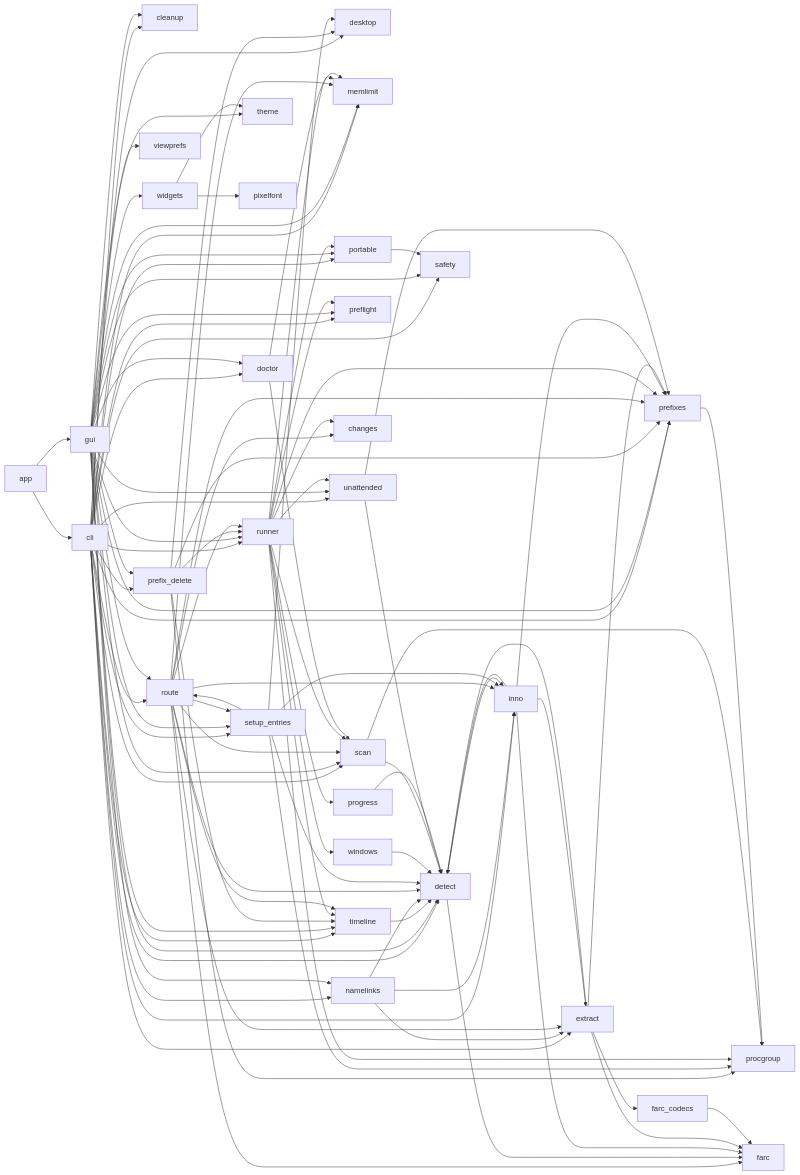
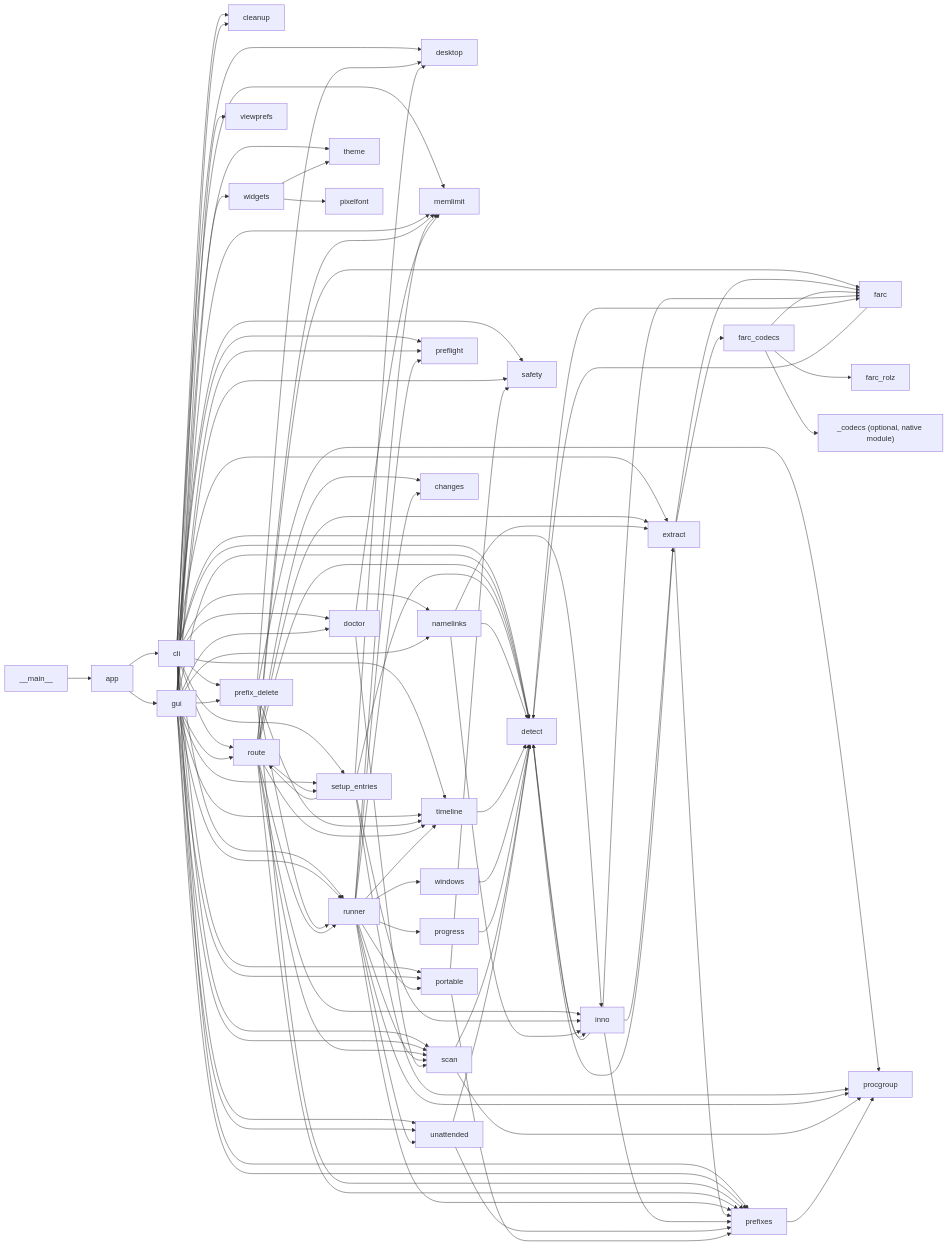
The second of 6 diagrams in docs/code-map.md (undecuple/gitfurl), drawn with Mermaid before and after one commit. The commit also changed other lines of this file and 5 other files, not shown here.

````diff
--- a/docs/code-map.md
+++ b/docs/code-map.md
@@ -58,26 +65,27 @@
 ```mermaid
 flowchart LR
+  main["__main__"] --> app
   app --> cli & gui
   cli --> cleanup & desktop & detect & doctor & extract & inno & memlimit & namelinks & portable & prefix_delete & prefixes & preflight & route & runner & safety & scan & setup_entries & timeline & unattended
   gui --> cleanup & detect & doctor & memlimit & namelinks & portable & prefix_delete & prefixes & preflight & route & runner & safety & scan & setup_entries & theme & timeline & unattended & viewprefs & widgets
   prefix_delete --> desktop & prefixes & procgroup & runner & timeline
-  runner --> timeline
-  route --> timeline
+  route --> changes & detect & extract & farc & inno & memlimit & prefixes & runner & scan & setup_entries & timeline
+  setup_entries --> desktop & detect & inno & procgroup & route
+  runner --> changes & memlimit & portable & prefixes & preflight & procgroup & progress & scan & timeline & unattended & windows
+  namelinks --> detect & extract & inno
+  extract --> detect & farc & farc_codecs & prefixes
+  farc_codecs --> farc & farc_rolz & codecsmod
+  inno --> detect & extract & farc & prefixes
+  detect --> farc & inno
+  farc --> detect
   timeline --> detect
-  namelinks --> detect & extract & inno
-  widgets --> pixelfont & theme
-  route --> changes & detect & extract & farc & inno & memlimit & prefixes & runner & scan & setup_entries
-  setup_entries --> desktop & detect & inno & procgroup & route
-  runner --> changes & memlimit & portable & prefixes & preflight & procgroup & progress & scan & unattended & windows
   windows --> detect
-  detect --> farc & inno
-  inno --> detect & extract & farc & prefixes
-  extract --> detect & farc & farc_codecs & prefixes
-  farc_codecs --> farc
-  doctor --> memlimit & scan
+  progress --> detect
   scan --> detect & procgroup
   unattended --> detect & prefixes
-  progress --> detect
+  doctor --> memlimit & scan
+  portable --> prefixes & safety
   prefixes --> procgroup
-  portable --> safety
+  widgets --> pixelfont & theme
+  codecsmod["_codecs (optional, native module)"]
 ```
````
